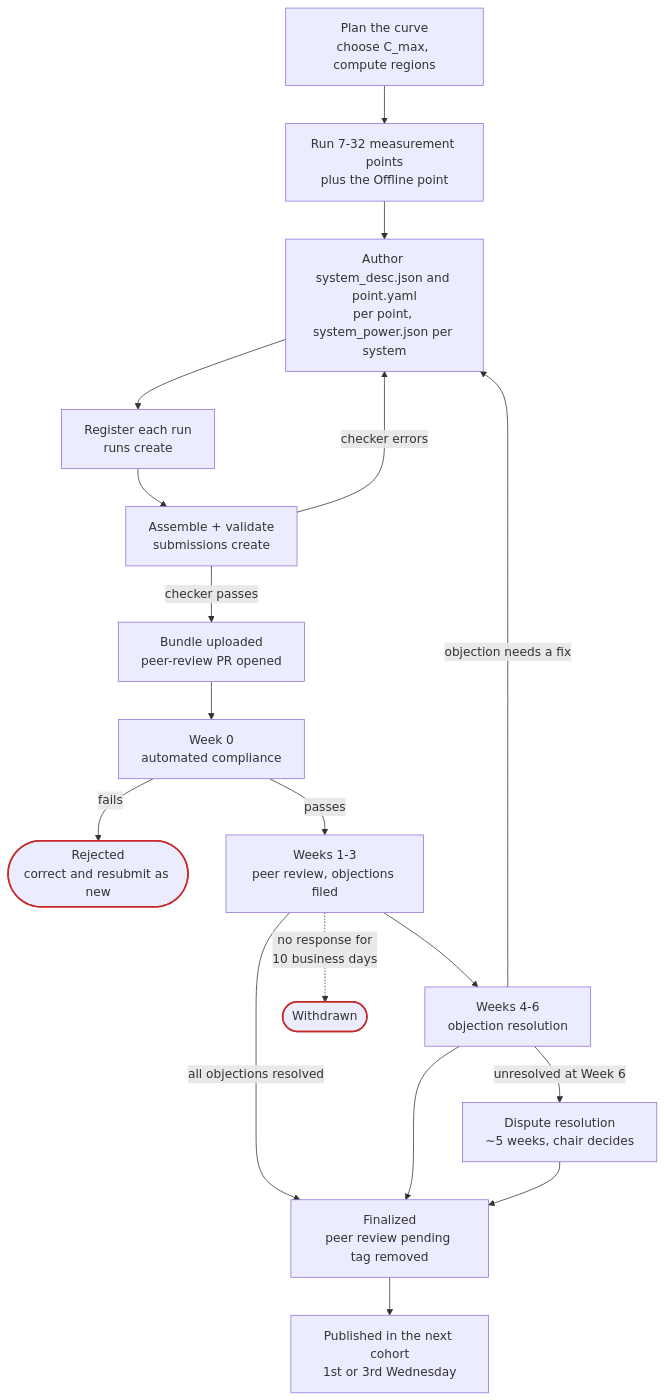
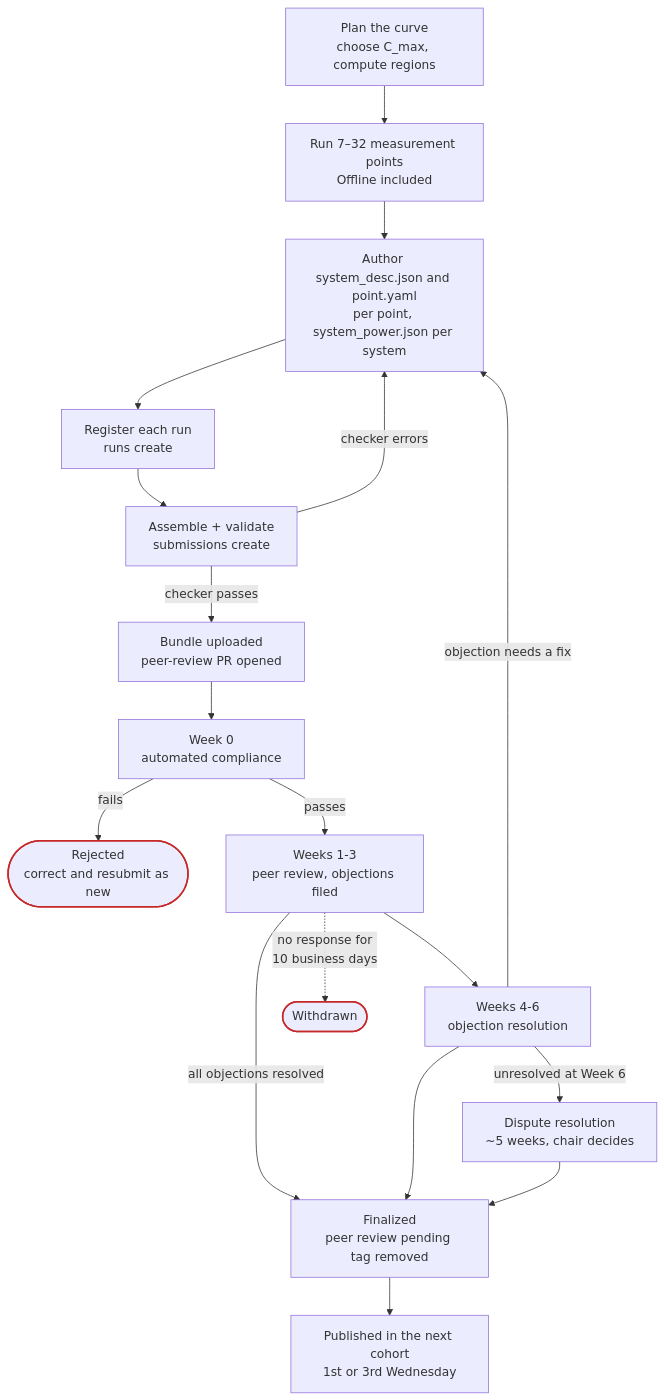
The diagram in docs/understand/how-submission-works.md (mlcommons/endpoints-submission-docs), drawn with Mermaid before and after one commit. The commit also changed 35 other files, not shown here.

First line of the commit message:
Fact-check against the rules and tools, and smooth the newcomer flow

````diff
--- a/docs/understand/how-submission-works.md
+++ b/docs/understand/how-submission-works.md
@@ -7,21 +7,21 @@
 ```mermaid
 flowchart TD
-    A[Plan the curve<br/>choose C_max, compute regions] --> B[Run 7-32 measurement points<br/>plus the Offline point]
+    A[Plan the curve<br/>choose C_max, compute regions] --> B[Run 7–32 measurement points<br/>Offline included]
     B --> C[Author system_desc.json and point.yaml<br/>per point, system_power.json per system]
     C --> D[Register each run<br/>runs create]
     D --> E[Assemble + validate<br/>submissions create]
     E -->|checker errors| C
     E -->|checker passes| F[Bundle uploaded<br/>peer-review PR opened]
     F --> G[Week 0<br/>automated compliance]
     G -->|fails| X([Rejected<br/>correct and resubmit as new]):::bad
     G -->|passes| H[Weeks 1-3<br/>peer review, objections filed]
     H --> I[Weeks 4-6<br/>objection resolution]
     H -->|all objections resolved| K
     I -->|objection needs a fix| C
     I -->|unresolved at Week 6| J[Dispute resolution<br/>~5 weeks, chair decides]
     I --> K[Finalized<br/>peer review pending tag removed]
     J --> K
     H -.->|no response for<br/>10 business days| Y([Withdrawn]):::bad
     K --> L[Published in the next cohort<br/>1st or 3rd Wednesday]
     classDef bad stroke:#c62828,stroke-width:2px;
 ```
````
